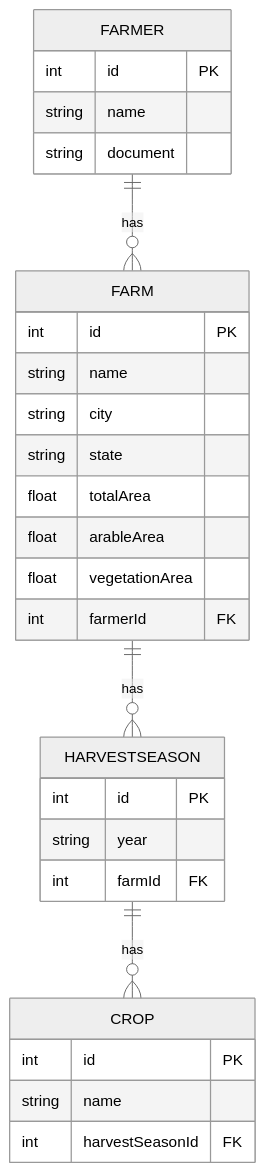
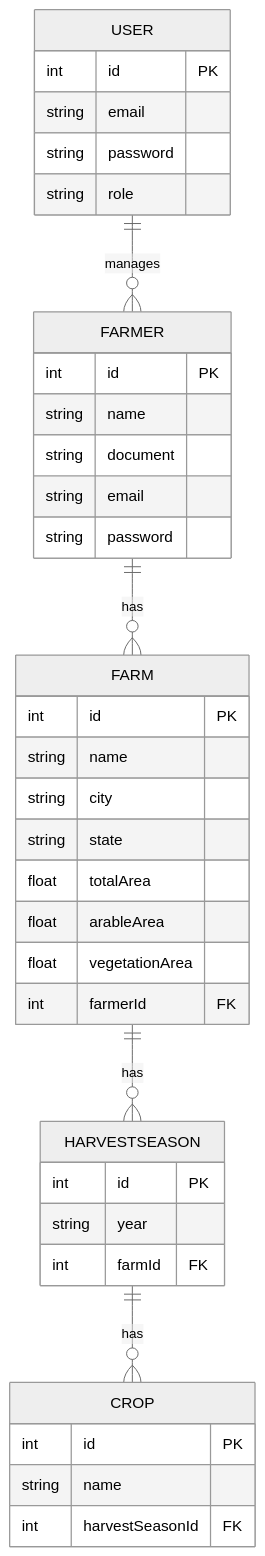
One commit to krDannylo/brainAgriculture changed the diagram in README.md. Above: the diagram before and after it, drawn with Mermaid (neutral theme). The commit also changed other lines of this file, not shown here.

````diff
--- a/README.md
+++ b/README.md
@@ -361,32 +505,41 @@
 ```mermaid
 erDiagram
+    USER ||--o{ FARMER : manages
     FARMER ||--o{ FARM : has
     FARM ||--o{ HARVESTSEASON : has
     HARVESTSEASON ||--o{ CROP : has
 
+    USER {
+        int id PK
+        string email
+        string password
+        string role
+    }
     FARMER {
         int id PK
         string name
         string document
+        string email
+        string password
     }
     FARM {
         int id PK
         string name
         string city
         string state
         float totalArea
         float arableArea
         float vegetationArea
         int farmerId FK
     }
     HARVESTSEASON {
         int id PK
         string year
         int farmId FK
     }
     CROP {
         int id PK
         string name
         int harvestSeasonId FK
     }
 ```
````
